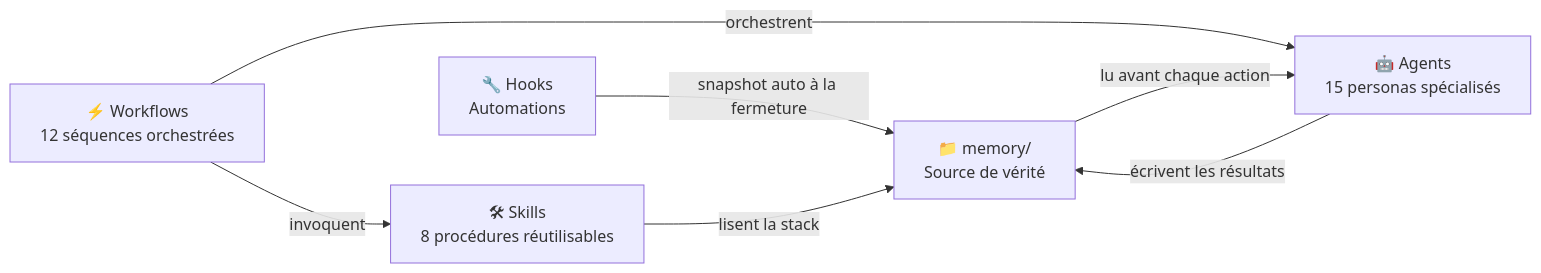
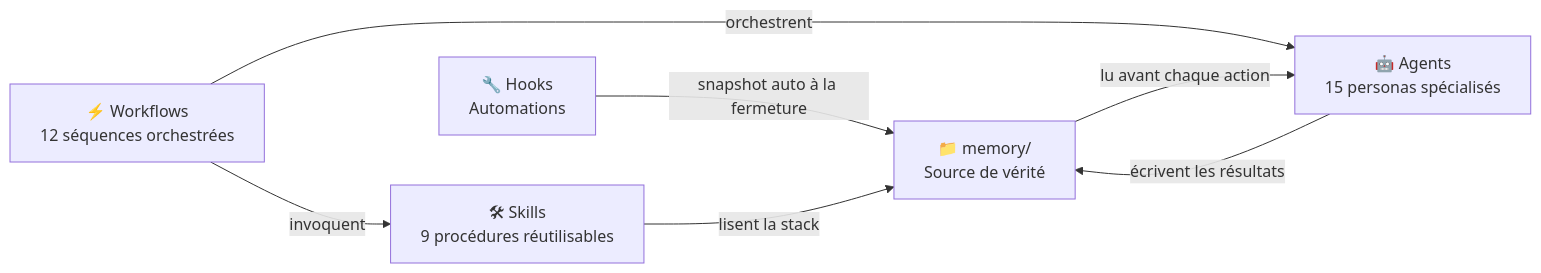
One commit to KillianPiccerelle/ai-dev-framework changed the diagram in docs/fr/README.md. Above: the diagram before and after it, drawn with Mermaid. The commit also changed other lines of this file and 3 other files, not shown here.

First line of the commit message:
feat: integrate oh-my-mermaid with map-project workflow and new skill

````diff
--- a/docs/fr/README.md
+++ b/docs/fr/README.md
@@ -85,15 +85,15 @@
 ```mermaid
 graph LR
     MEM["📁 memory/\nSource de vérité"]
     AGT["🤖 Agents\n15 personas spécialisés"]
     WFL["⚡ Workflows\n12 séquences orchestrées"]
-    SKL["🛠 Skills\n8 procédures réutilisables"]
+    SKL["🛠 Skills\n9 procédures réutilisables"]
     HKS["🔧 Hooks\nAutomations"]
 
     MEM -->|lu avant chaque action| AGT
     AGT -->|écrivent les résultats| MEM
     WFL -->|orchestrent| AGT
     WFL -->|invoquent| SKL
     SKL -->|lisent la stack| MEM
     HKS -->|snapshot auto à la fermeture| MEM
 ```
````
